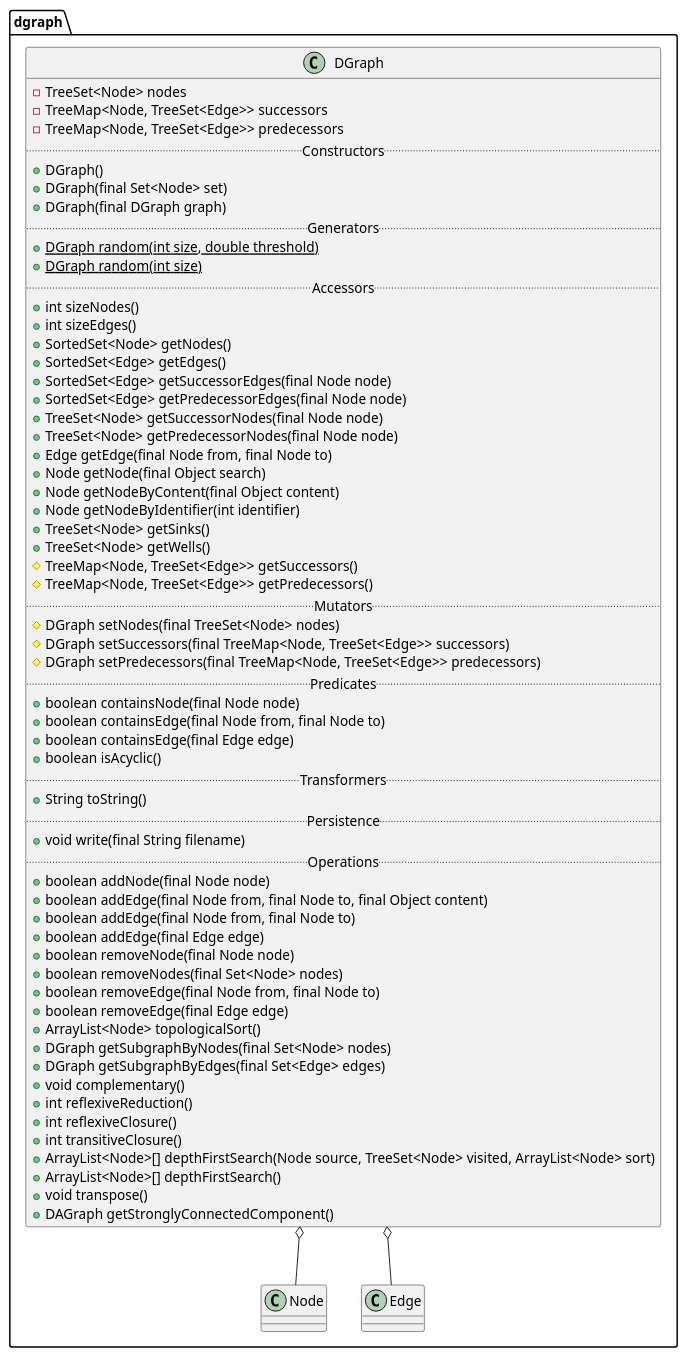
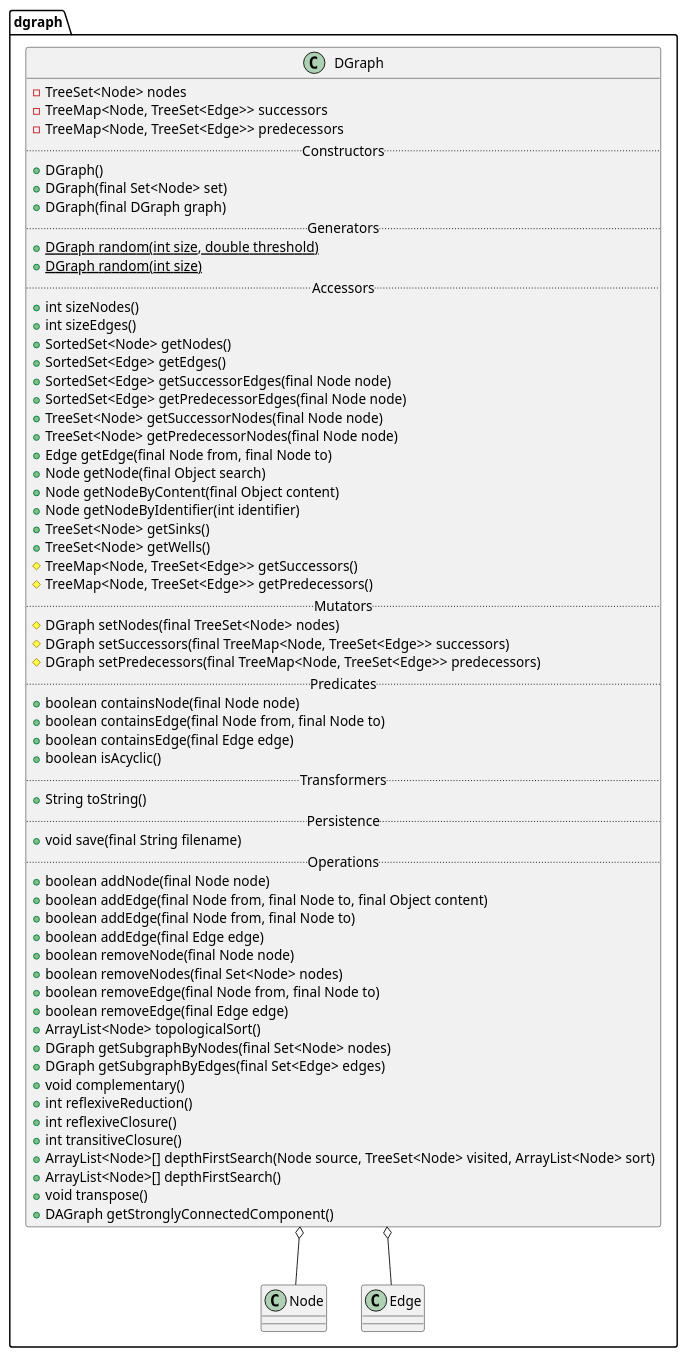
One commit to thegalactic/java-lattices changed the diagram in src/dgraph/DGraph.iuml. Above: the diagram before and after it, drawn with PlantUML. The commit also changed 32 other files, not shown here.

```diff
--- a/src/dgraph/DGraph.iuml
+++ b/src/dgraph/DGraph.iuml
@@ -1,67 +1,67 @@
 package dgraph {
     class DGraph {
         -TreeSet<Node> nodes
         -TreeMap<Node, TreeSet<Edge>> successors
         -TreeMap<Node, TreeSet<Edge>> predecessors
         .. Constructors ..
         +DGraph()
         +DGraph(final Set<Node> set)
         +DGraph(final DGraph graph)
         .. Generators ..
         +{static}DGraph random(int size, double threshold)
         +{static}DGraph random(int size)
         .. Accessors ..
         +int sizeNodes()
         +int sizeEdges()
         +SortedSet<Node> getNodes()
         +SortedSet<Edge> getEdges()
         +SortedSet<Edge> getSuccessorEdges(final Node node)
         +SortedSet<Edge> getPredecessorEdges(final Node node)
         +TreeSet<Node> getSuccessorNodes(final Node node)
         +TreeSet<Node> getPredecessorNodes(final Node node)
         +Edge getEdge(final Node from, final Node to)
         +Node getNode(final Object search)
         +Node getNodeByContent(final Object content)
         +Node getNodeByIdentifier(int identifier)
         +TreeSet<Node> getSinks()
         +TreeSet<Node> getWells()
         #TreeMap<Node, TreeSet<Edge>> getSuccessors()
         #TreeMap<Node, TreeSet<Edge>> getPredecessors()
         .. Mutators ..
         #DGraph setNodes(final TreeSet<Node> nodes)
         #DGraph setSuccessors(final TreeMap<Node, TreeSet<Edge>> successors)
         #DGraph setPredecessors(final TreeMap<Node, TreeSet<Edge>> predecessors)
         .. Predicates ..
         +boolean containsNode(final Node node)
         +boolean containsEdge(final Node from, final Node to)
         +boolean containsEdge(final Edge edge)
         +boolean isAcyclic()
         .. Transformers ..
         +String toString()
         .. Persistence ..
-        +void write(final String filename)
+        +void save(final String filename)
         .. Operations ..
         +boolean addNode(final Node node)
         +boolean addEdge(final Node from, final Node to, final Object content)
         +boolean addEdge(final Node from, final Node to)
         +boolean addEdge(final Edge edge)
         +boolean removeNode(final Node node)
         +boolean removeNodes(final Set<Node> nodes)
         +boolean removeEdge(final Node from, final Node to)
         +boolean removeEdge(final Edge edge)
         +ArrayList<Node> topologicalSort()
         +DGraph getSubgraphByNodes(final Set<Node> nodes)
         +DGraph getSubgraphByEdges(final Set<Edge> edges)
         +void complementary()
         +int reflexiveReduction()
         +int reflexiveClosure()
         +int transitiveClosure()
         +ArrayList<Node>[] depthFirstSearch(Node source, TreeSet<Node> visited, ArrayList<Node> sort)
         +ArrayList<Node>[] depthFirstSearch()
         +void transpose()
         +DAGraph getStronglyConnectedComponent()
     }
 
     DGraph o-- Node
     DGraph o-- Edge
 }
```
